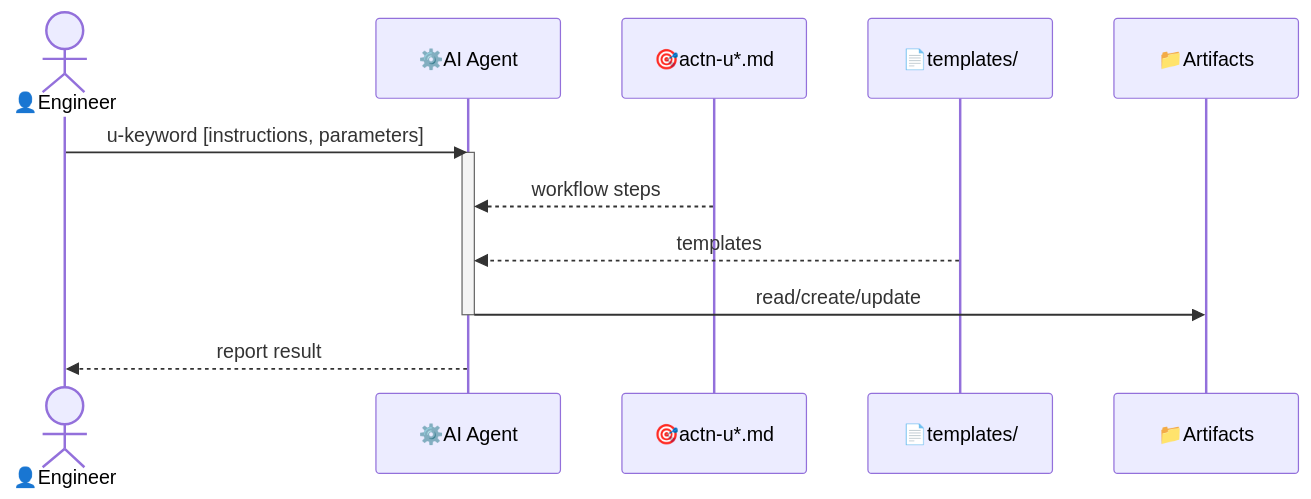
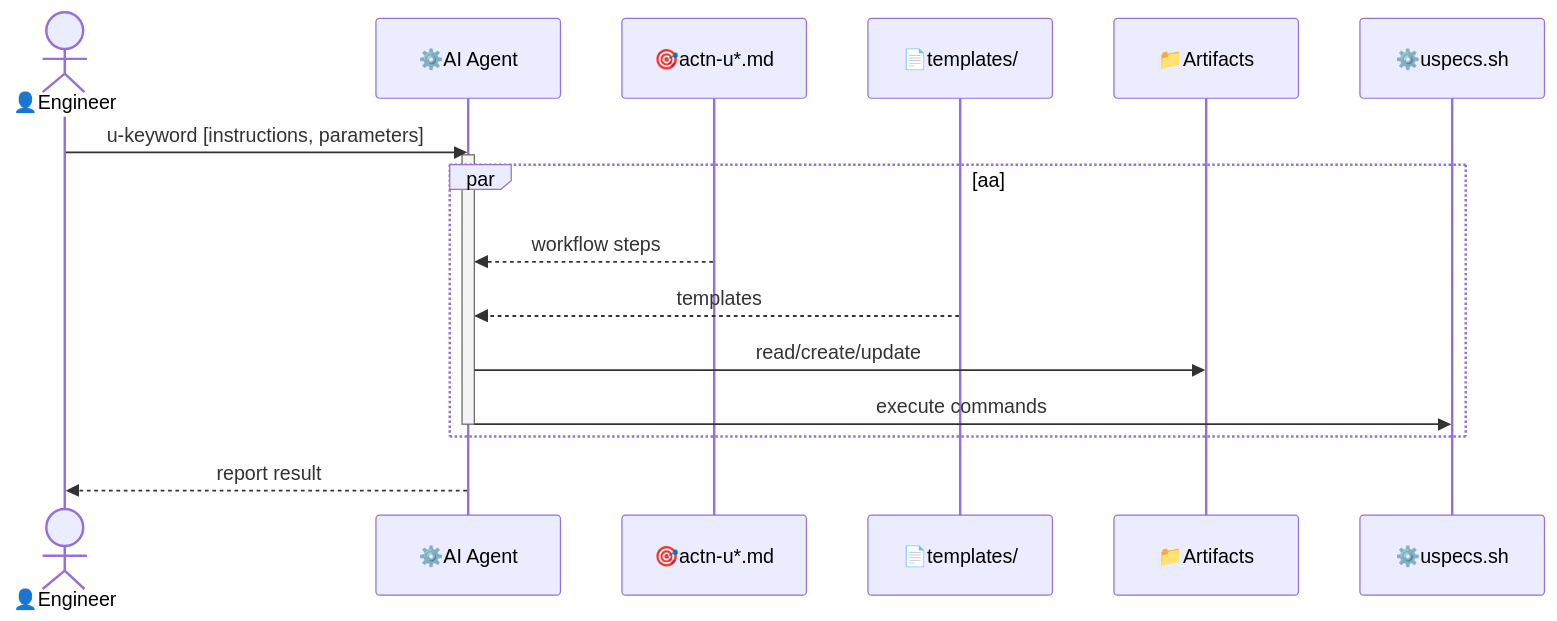
The diagram in uspecs/specs/prod/softeng/softeng--arch.md (untillpro/uspecs), drawn with Mermaid before and after one commit. The commit also changed other lines of this file, not shown here.

Commit message:
Refactor overview section and enhance sequence diagram for clarity

````diff
--- a/uspecs/specs/prod/softeng/softeng--arch.md
+++ b/uspecs/specs/prod/softeng/softeng--arch.md
@@ -9,16 +13,20 @@
 ```mermaid
 sequenceDiagram
     actor engineer as 👤Engineer
     participant ai_agent as ⚙️AI Agent
     participant actn as 🎯actn-u*.md
     participant templates as 📄templates/
     participant artifacts as 📁Artifacts
+    participant uspecs as ⚙️uspecs.sh
 
     engineer->>ai_agent: u-keyword [instructions, parameters]
     activate ai_agent
-    actn -->> ai_agent: workflow steps
-    templates-->>ai_agent: templates
-    ai_agent->>artifacts: read/create/update
-    deactivate ai_agent
+    par aa
+      actn -->> ai_agent: workflow steps
+      templates-->>ai_agent: templates
+      ai_agent->>artifacts: read/create/update
+      ai_agent ->> uspecs: execute commands
+      deactivate ai_agent
+    end
     ai_agent-->>engineer: report result
 ```
````
